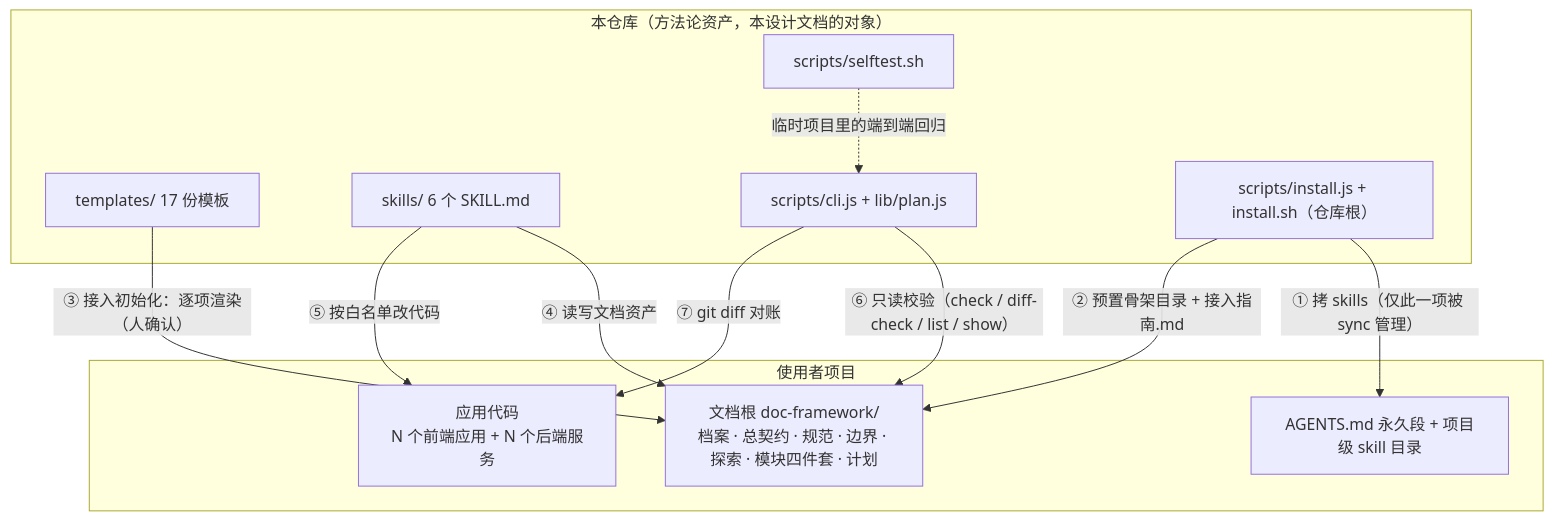
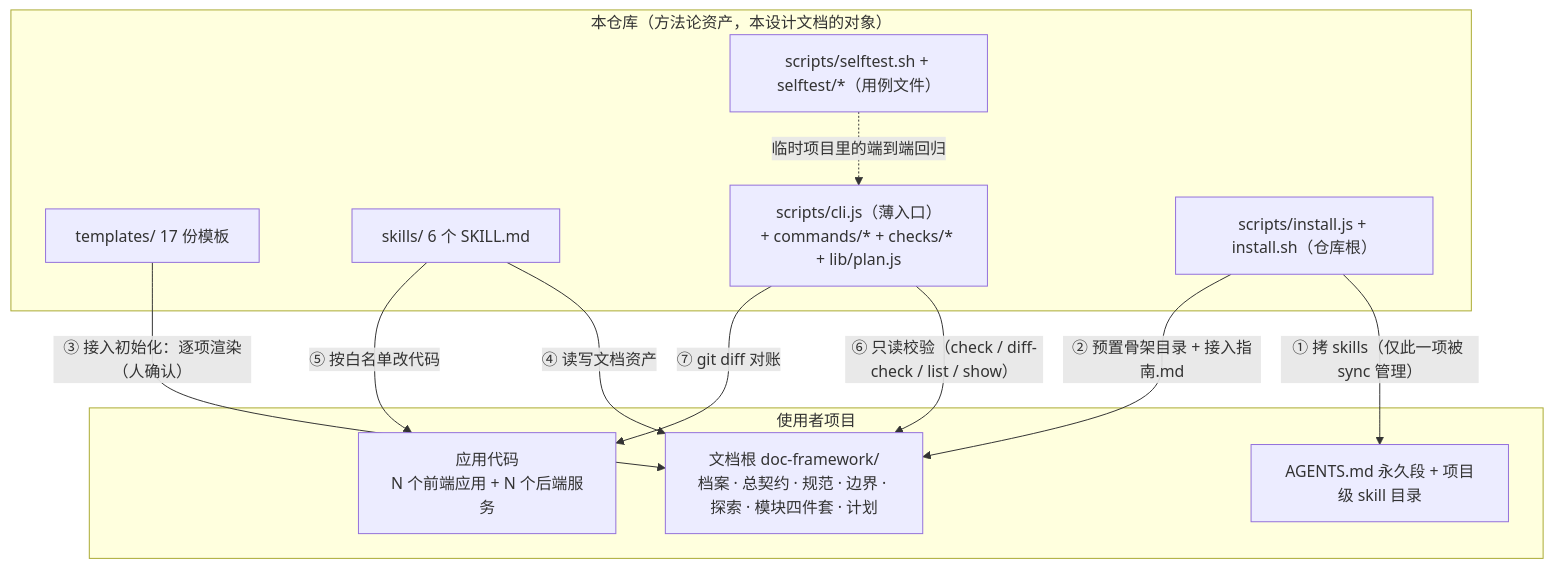
The first of 3 diagrams in docs/设计文档.md (knight-peter/doc-framework), drawn with Mermaid before and after one commit. The commit also changed other lines of this file and 44 other files, not shown here.

````diff
--- a/docs/设计文档.md
+++ b/docs/设计文档.md
@@ -39,23 +39,23 @@
 ```mermaid
 flowchart TB
     subgraph REPO["本仓库（方法论资产，本设计文档的对象）"]
         TPL["templates/ 17 份模板"]
         SKL["skills/ 6 个 SKILL.md"]
-        CLI["scripts/cli.js + lib/plan.js"]
+        CLI["scripts/cli.js（薄入口）<br/>+ commands/* + checks/* + lib/plan.js"]
         INS["scripts/install.js + install.sh（仓库根）"]
-        ST["scripts/selftest.sh"]
+        ST["scripts/selftest.sh + selftest/*（用例文件）"]
     end
     subgraph PROJ["使用者项目"]
         DOC["文档根 doc-framework/<br/>档案 · 总契约 · 规范 · 边界 · 探索 · 模块四件套 · 计划"]
         CODE["应用代码<br/>N 个前端应用 + N 个后端服务"]
         AG["AGENTS.md 永久段 + 项目级 skill 目录"]
     end
     INS -->|"① 拷 skills（仅此一项被 sync 管理）"| AG
     INS -->|"② 预置骨架目录 + 接入指南.md"| DOC
     TPL -->|"③ 接入初始化：逐项渲染（人确认）"| DOC
     SKL -->|"④ 读写文档资产"| DOC
     SKL -->|"⑤ 按白名单改代码"| CODE
     CLI -->|"⑥ 只读校验（check / diff-check / list / show）"| DOC
     CLI -->|"⑦ git diff 对账"| CODE
     ST -.->|"临时项目里的端到端回归"| CLI
 ```
````
